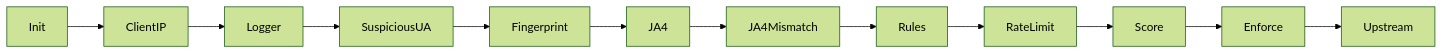
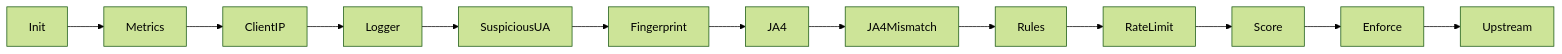
The second of 8 diagrams in README.md (fharias/guardian-scrapy), drawn with Mermaid (forest theme) before and after one commit. The commit also changed other lines of this file, not shown here.

Commit message:
Update README to reflect metrics integration and routing enhancements

````diff
--- a/README.md
+++ b/README.md
@@ -55,4 +55,4 @@
 ```mermaid
 flowchart LR
-  init[Init] --> ip[ClientIP] --> logger[Logger] --> ua[SuspiciousUA] --> fp[Fingerprint] --> ja4src[JA4] --> ja4[JA4Mismatch] --> rules[Rules] --> limite[RateLimit] --> score[Score] --> enforce[Enforce] --> origen[Upstream]
+  init[Init] --> mets[Metrics] --> ip[ClientIP] --> logger[Logger] --> ua[SuspiciousUA] --> fp[Fingerprint] --> ja4src[JA4] --> ja4[JA4Mismatch] --> rules[Rules] --> limite[RateLimit] --> score[Score] --> enforce[Enforce] --> origen[Upstream]
 ```
````
